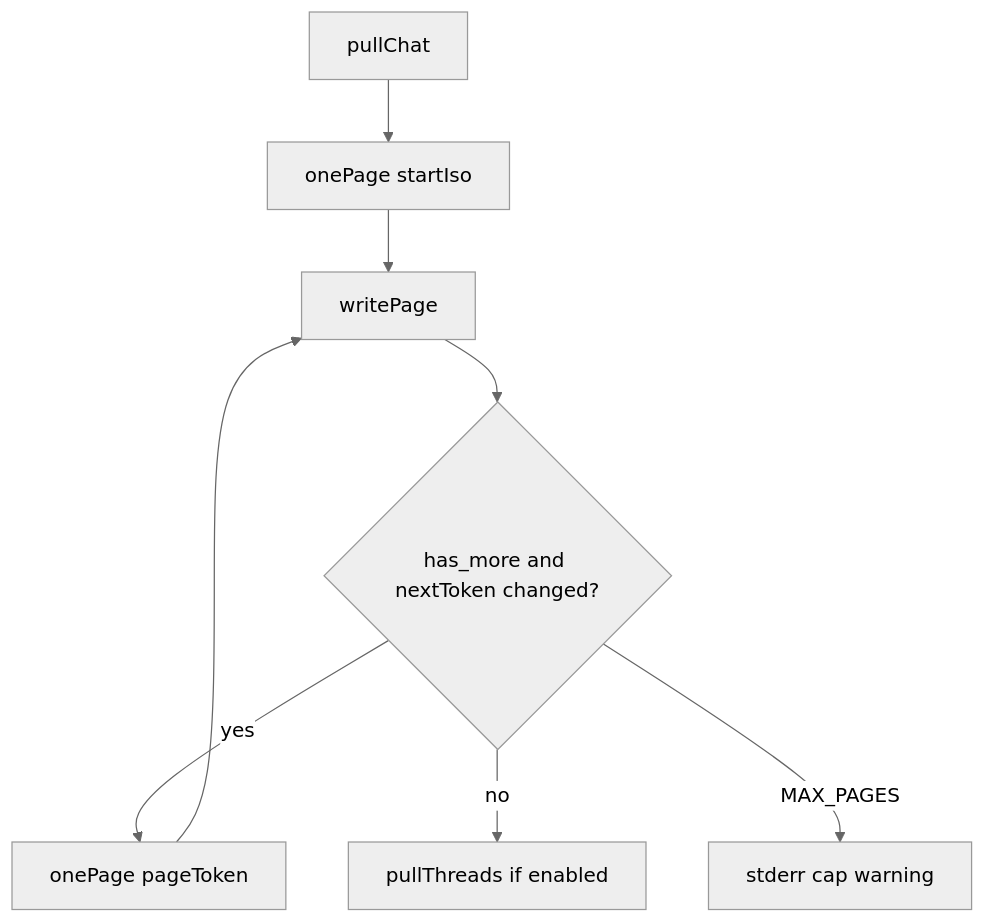
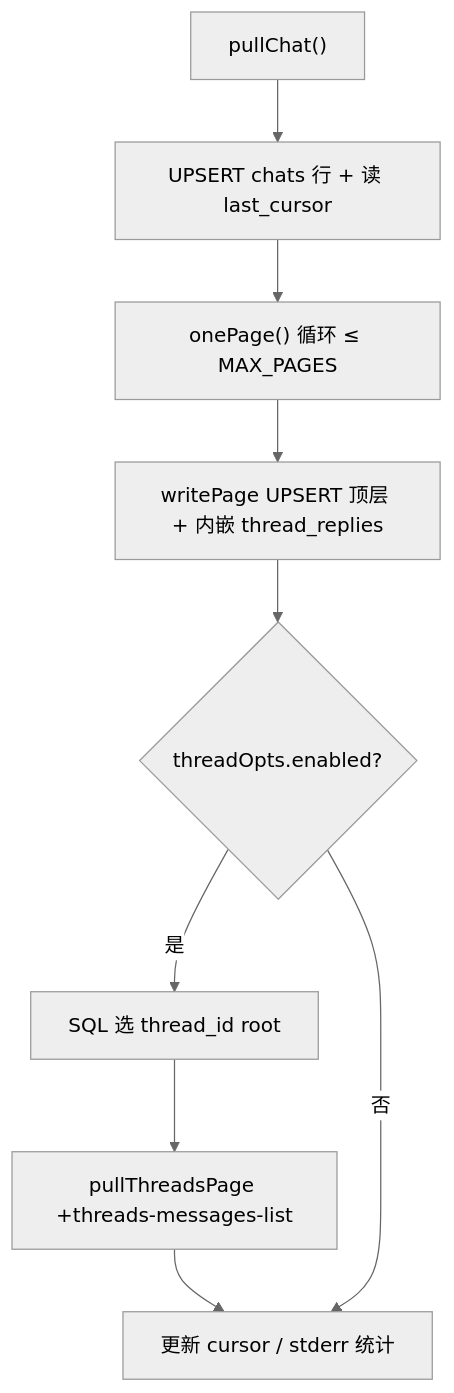
One commit to dragonforce2010/awesome-ai-repos-deepwiki changed the fifth of 9 diagrams in project-wiki/lark-context/exports/full-wiki.md. Above: the diagram before and after it, drawn with Mermaid (neutral theme). The commit also changed other lines of this file and 27 other files, not shown here.

````diff
--- a/project-wiki/lark-context/exports/full-wiki.md
+++ b/project-wiki/lark-context/exports/full-wiki.md
@@ -4947,10 +1094,11 @@
 ```mermaid
 flowchart TD
-  Start["pullChat"] --> Page1["onePage startIso"]
-  Page1 --> Write["writePage"]
-  Write --> More{"has_more and nextToken changed?"}
-  More -->|yes| Next["onePage pageToken"]
-  Next --> Write
-  More -->|no| Threads["pullThreads if enabled"]
-  More -->|MAX_PAGES| Cap["stderr cap warning"]
+  Start["pullChat()"] --> Seed["UPSERT chats 行 + 读 last_cursor"]
+  Seed --> Pages["onePage() 循环 ≤ MAX_PAGES"]
+  Pages --> Write["writePage UPSERT 顶层 + 内嵌 thread_replies"]
+  Write --> Threads{"threadOpts.enabled?"}
+  Threads -->|"是"| Scan["SQL 选 thread_id root"]
+  Scan --> PullT["pullThreadsPage +threads-messages-list"]
+  PullT --> End["更新 cursor / stderr 统计"]
+  Threads -->|"否"| End
 ```
````
